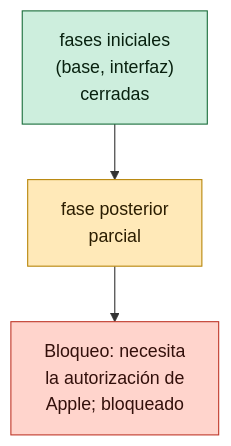
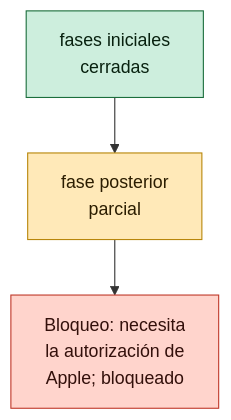
The diagram in docs/wiki/diagrams/roadmap-global-2-firewall.es.mmd (MacGuard/macguard-yara-channel), drawn with Mermaid before and after one commit. The commit also changed 25 other files, not shown here.

```diff
--- a/docs/wiki/diagrams/roadmap-global-2-firewall.es.mmd
+++ b/docs/wiki/diagrams/roadmap-global-2-firewall.es.mmd
@@ -1,10 +1,10 @@
 %%{init: {"flowchart": {"wrappingWidth": 300}}}%%
 flowchart TB
-  F1["fases iniciales<br/>(base, interfaz)<br/>cerradas"]:::done
+  F1["fases iniciales<br/>cerradas"]:::done
   F2["fase posterior<br/>parcial"]:::doing
   F3["Bloqueo: necesita<br/>la autorización de<br/>Apple; bloqueado"]:::block
   F1 --> F2
   F2 --> F3
   classDef done fill:#cdeedd,stroke:#1b6e3c,color:#08210f
   classDef doing fill:#ffe9b8,stroke:#b8860b,color:#2b1d00
   classDef block fill:#ffd4cc,stroke:#c0392b,color:#33100b
```
